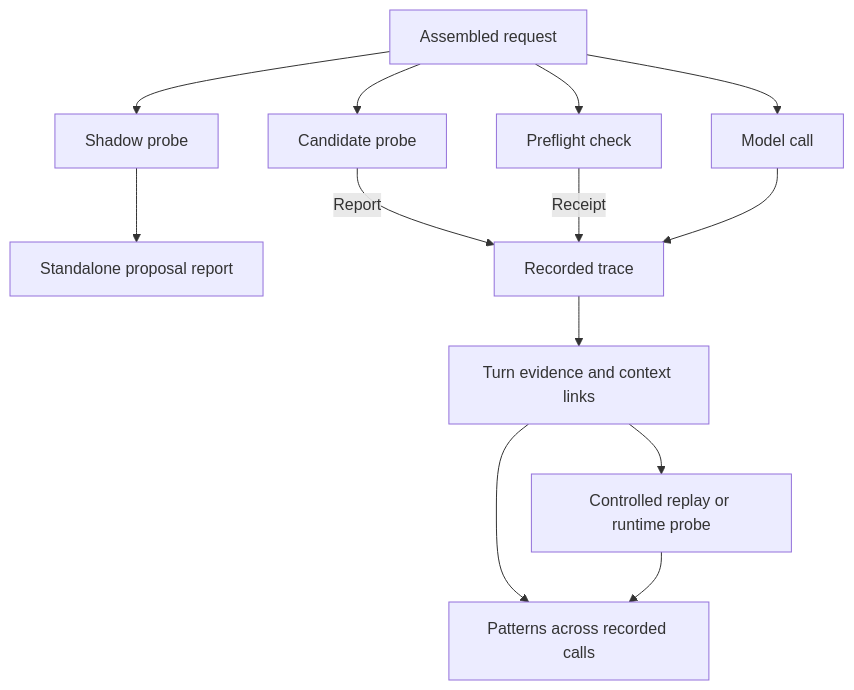
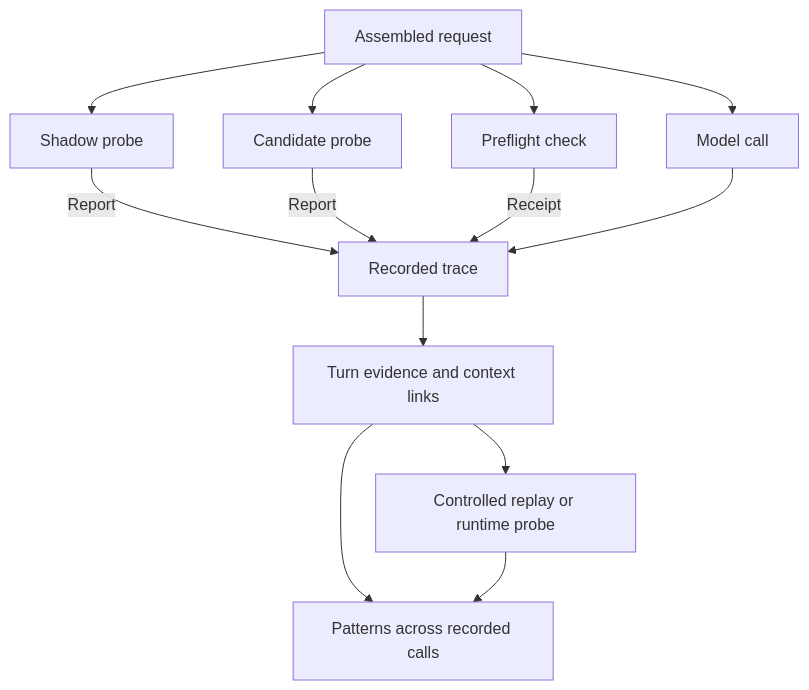
One commit to thakur-ro/A2Context changed the first of 2 diagrams in docs/architecture.md. Above: the diagram before and after it, drawn with Mermaid. The commit also changed 20 other files, not shown here.

Commit message:
Show verified shadow proposals on recorded calls

````diff
--- a/docs/architecture.md
+++ b/docs/architecture.md
@@ -5,17 +5,17 @@
 ```mermaid
 flowchart TD
     accTitle: Evidence before and after a model call
-    accDescr: Preflight and both pending probes use the assembled request. Recorded calls link to matched preflight receipts and candidate reports. Shadow probes produce standalone reports.
+    accDescr: Preflight and both pending probes use the assembled request. Recorded calls can carry matching preflight receipts and candidate or shadow reports.
     A[Assembled request] --> M[Model call]
     A --> P[Preflight check]
     A --> B[Candidate probe]
     A --> S[Shadow probe]
-    S --> H[Standalone proposal report]
+    S -->|Report| T
     B -->|Report| T
     P -->|Receipt| T
     M --> T[Recorded trace]
     T --> I[Turn evidence and context links]
     I --> R[Controlled replay or runtime probe]
     I --> G[Patterns across recorded calls]
     R --> G
 ```
````
